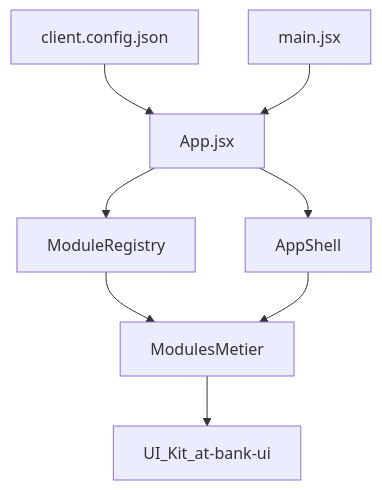
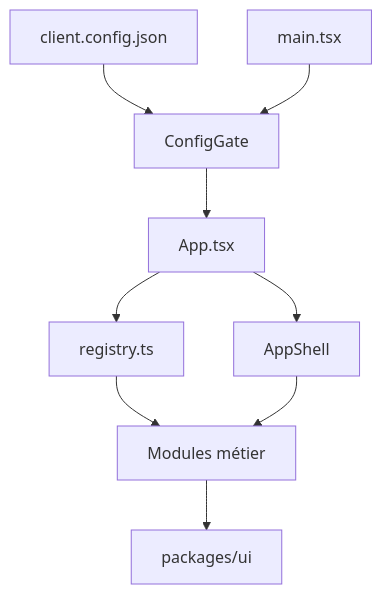
Before and after one commit to hrmonic/banktestapp: the diagram in docs/fr/architecture.md, drawn with Mermaid. The commit also changed other lines of this file and 239 other files, not shown here.

````diff
--- a/docs/fr/architecture.md
+++ b/docs/fr/architecture.md
@@ -34,18 +61,20 @@
 ```mermaid
 flowchart TD
   clientConfig[client.config.json]
-  mainEntry[main.jsx]
-  appRoot[App.jsx]
+  mainEntry[main.tsx]
+  configGate[ConfigGate]
+  appRoot[App.tsx]
   appShell[AppShell]
-  moduleRegistry[ModuleRegistry]
-  modules[ModulesMetier]
-  uiKit[UI_Kit_at-bank-ui]
+  moduleRegistry[registry.ts]
+  modules[Modules métier]
+  uiKit[packages/ui]
 
-  clientConfig --> appRoot
-  mainEntry --> appRoot
+  clientConfig --> configGate
+  mainEntry --> configGate
+  configGate --> appRoot
   appRoot --> moduleRegistry
   moduleRegistry --> modules
   appRoot --> appShell
   appShell --> modules
   modules --> uiKit
 ```
````
